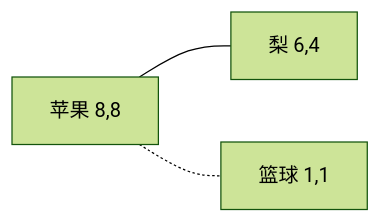
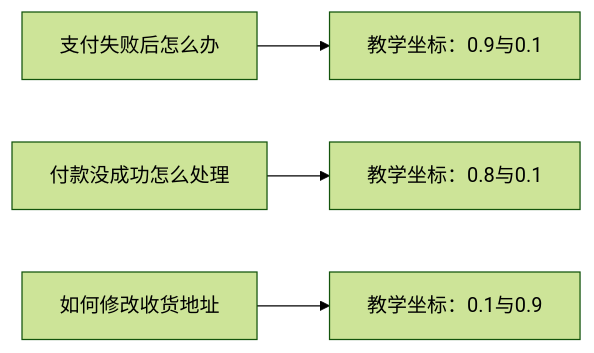
The second of 7 diagrams in 06-Embedding文本如何变成向量.md (benx92/ai-learning-notes), drawn with Mermaid (forest theme) before and after one commit. The commit also changed other lines of this file and 36 other files, not shown here.

````diff
--- a/06-Embedding文本如何变成向量.md
+++ b/06-Embedding文本如何变成向量.md
@@ -65,5 +55,6 @@
 ```mermaid
 flowchart LR
-    A[苹果 8,8] --- B[梨 6,4]
-    A -.- C[篮球 1,1]
+    A[支付失败后怎么办] --> V1[教学坐标：0.9与0.1]
+    B[付款没成功怎么处理] --> V2[教学坐标：0.8与0.1]
+    C[如何修改收货地址] --> V3[教学坐标：0.1与0.9]
 ```
````
